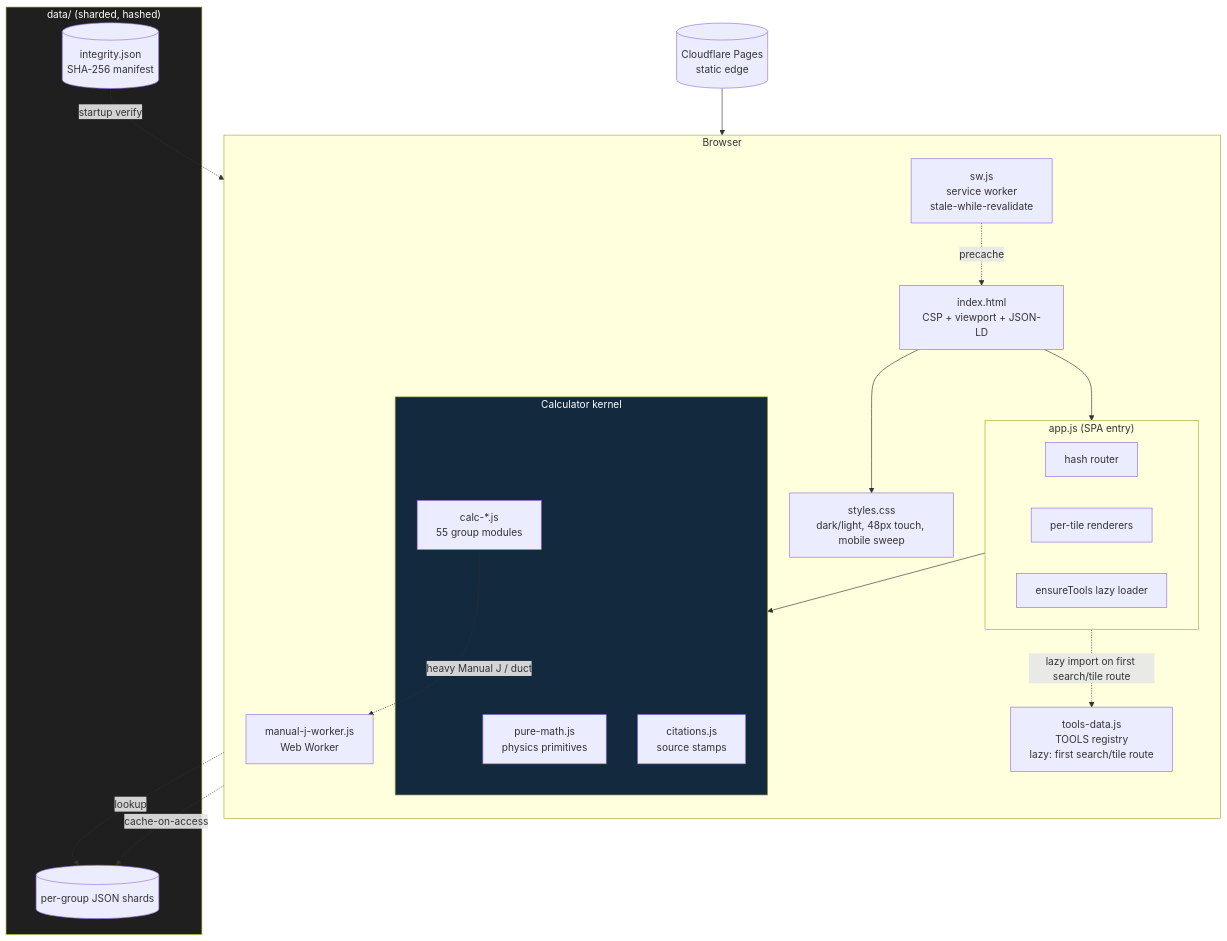
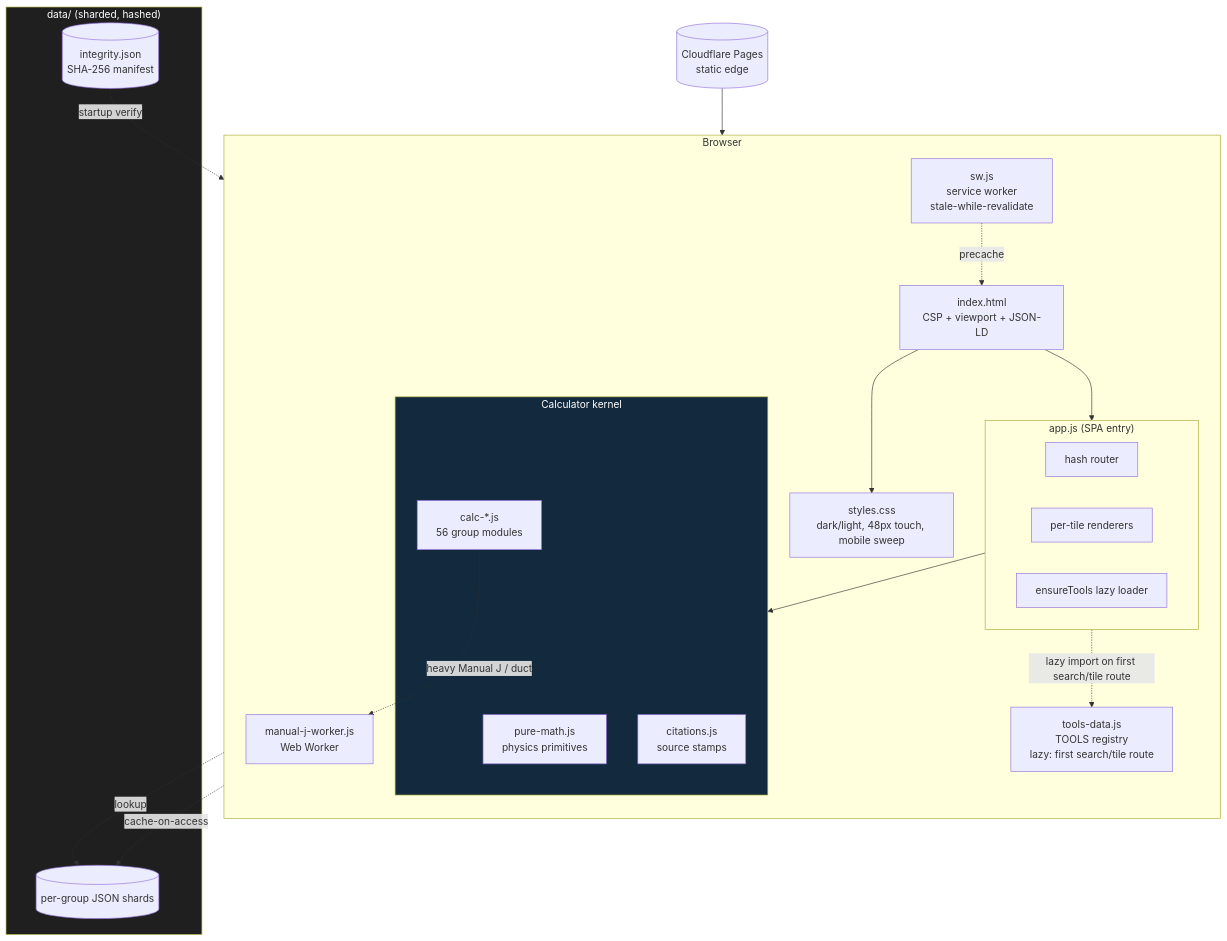
Before and after one commit to clay-good/roughlogic.com: the second of 8 diagrams in README.md, drawn with Mermaid. The commit also changed other lines of this file and 23 other files, not shown here.

````diff
--- a/README.md
+++ b/README.md
@@ -120,39 +120,39 @@
 ```mermaid
 flowchart TB
     subgraph Browser
         direction TB
         HTML[index.html\nCSP + viewport + JSON-LD]
         CSS[styles.css\ndark/light, 48px touch, mobile sweep]
         subgraph App["app.js (SPA entry)"]
             ROUTE[hash router]
             RENDER[per-tile renderers]
             ENSURE[ensureTools lazy loader]
         end
         TOOLS[tools-data.js\nTOOLS registry\nlazy: first search/tile route]
         subgraph Calc["Calculator kernel"]
             PM[pure-math.js\nphysics primitives]
-            CALC[calc-*.js\n55 group modules]
+            CALC[calc-*.js\n56 group modules]
             CIT[citations.js\nsource stamps]
         end
         SW[sw.js\nservice worker\nstale-while-revalidate]
         WORKER[manual-j-worker.js\nWeb Worker]
     end
     subgraph Data["data/ (sharded, hashed)"]
         SHARDS[(per-group JSON shards)]
         INTEG[(integrity.json\nSHA-256 manifest)]
     end
     CDN[(Cloudflare Pages\nstatic edge)]
 
     CDN --> HTML
     HTML --> CSS
     HTML --> App
     App -.lazy import on first search/tile route.-> TOOLS
     App --> Calc
     CALC -.->|heavy Manual J / duct| WORKER
     CALC -.->|lookup| SHARDS
     SW -.precache.-> HTML
     SW -.cache-on-access.-> SHARDS
     INTEG -.startup verify.-> App
     style Calc fill:#13293d,color:#fff
     style Data fill:#1f1f1f,color:#fff
 ```
````
